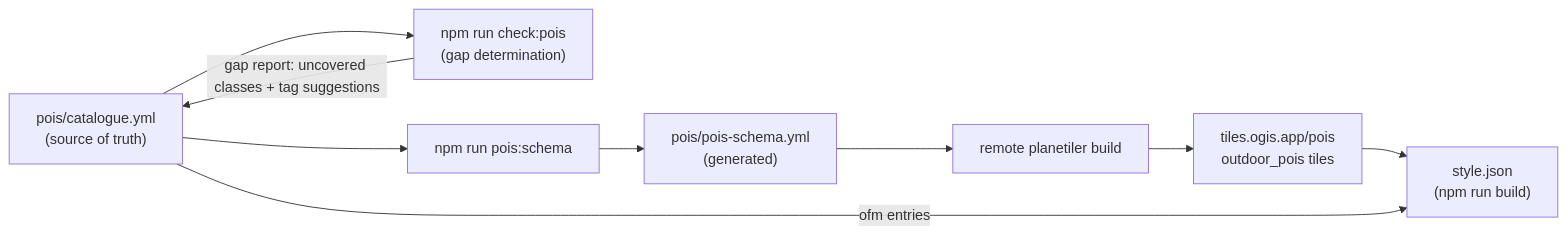
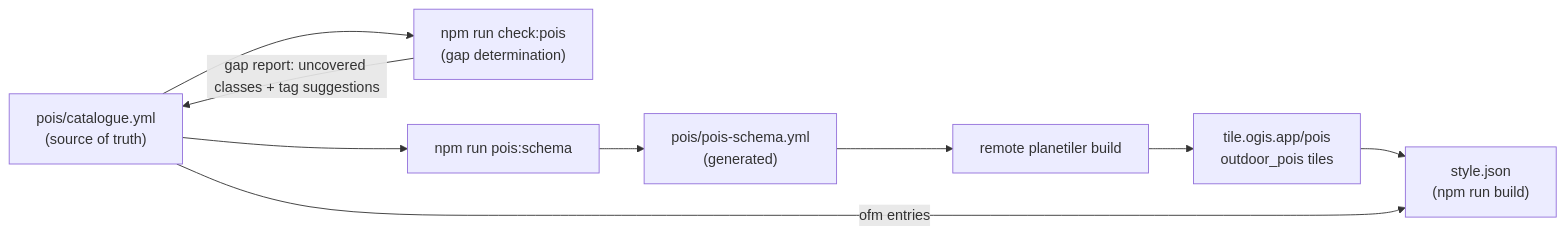
One commit to OpenGIS/outdoors changed the diagram in docs/pois.md. Above: the diagram before and after it, drawn with Mermaid. The commit also changed other lines of this file and 10 other files, not shown here.

First line of the commit message:
Update tile service hostname to tile.ogis.app

````diff
--- a/docs/pois.md
+++ b/docs/pois.md
@@ -26,11 +26,11 @@
 ```mermaid
 flowchart LR
     A["pois/catalogue.yml<br/>(source of truth)"] --> B["npm run check:pois<br/>(gap determination)"]
     B -->|"gap report: uncovered classes + tag suggestions"| A
     A --> C["npm run pois:schema"]
     C --> D["pois/pois-schema.yml<br/>(generated)"]
     D --> E["remote planetiler build"]
-    E --> F["tiles.ogis.app/pois<br/>outdoor_pois tiles"]
+    E --> F["tile.ogis.app/pois<br/>outdoor_pois tiles"]
     F --> G["style.json<br/>(npm run build)"]
     A -->|ofm entries| G
 ```
````
